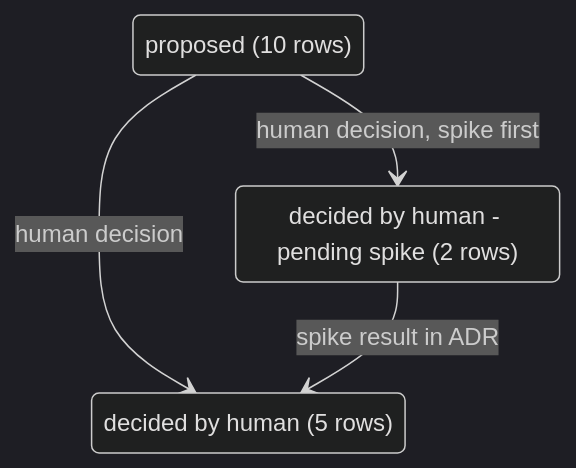
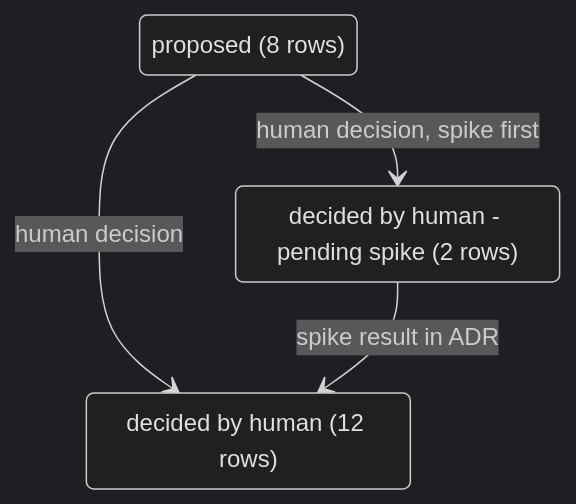
One commit to virgenherrera/lan-solution-template changed the third of 5 diagrams in docs/roadmap/PROPOSAL.md. Above: the diagram before and after it, drawn with Mermaid (dark theme). The commit also changed other lines of this file and 6 other files, not shown here.

````diff
--- a/docs/roadmap/PROPOSAL.md
+++ b/docs/roadmap/PROPOSAL.md
@@ -96,9 +96,9 @@
 ```mermaid
 stateDiagram-v2
-    state "proposed (10 rows)" as proposed
-    state "decided by human (5 rows)" as human_decision
+    state "proposed (8 rows)" as proposed
+    state "decided by human (12 rows)" as human_decision
     state "decided by human - pending spike (2 rows)" as pending_spike
     proposed --> human_decision : human decision
     proposed --> pending_spike : human decision, spike first
     pending_spike --> human_decision : spike result in ADR
 ```
````
